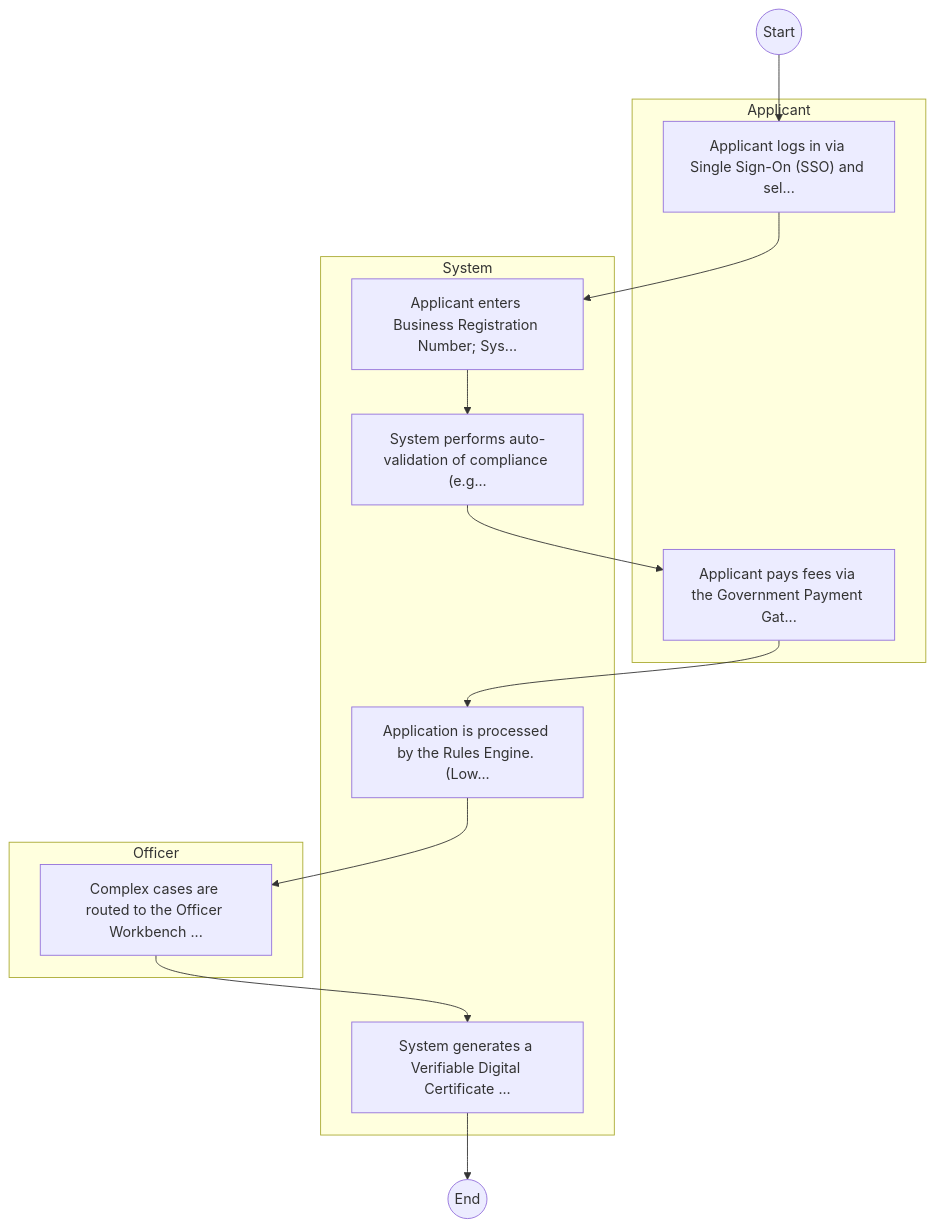
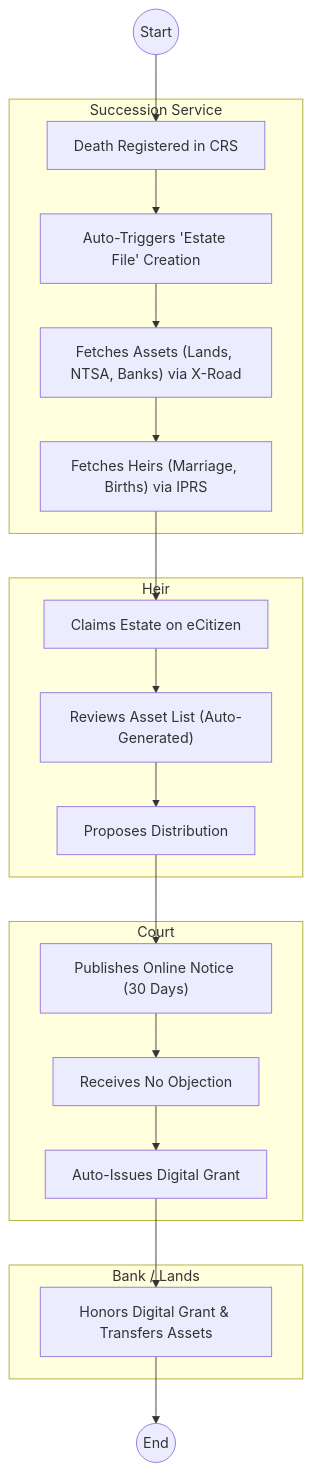
The second of 2 diagrams in mdas/docs_final/THE_JUDICIARY___Service_Delivery.md (BITZ-IT-Consulting-LTD/ictapoc), drawn with Mermaid before and after one commit. The commit also changed other lines of this file and 60 other files, not shown here.

````diff
--- a/mdas/docs_final/THE_JUDICIARY___Service_Delivery.md
+++ b/mdas/docs_final/THE_JUDICIARY___Service_Delivery.md
@@ -108,24 +121,35 @@
 ```mermaid
 graph TD
     Start((Start)) --> S1
-    subgraph Applicant [Applicant]
-        S1["Applicant logs in via Single Sign-On (SSO) and sel..."]
-        S4["Applicant pays fees via the Government Payment Gat..."]
+    subgraph WoG_Platform [Succession Service]
+        S1["Death Registered in CRS"]
+        S2["Auto-Triggers 'Estate File' Creation"]
+        S3["Fetches Assets (Lands, NTSA, Banks) via X-Road"]
+        S4["Fetches Heirs (Marriage, Births) via IPRS"]
     end
-    subgraph System [System]
-        S2["Applicant enters Business Registration Number; Sys..."]
-        S3["System performs auto-validation of compliance (e.g..."]
-        S5["Application is processed by the Rules Engine. (Low..."]
-        S7["System generates a Verifiable Digital Certificate ..."]
+    subgraph Petitioner [Heir]
+        S5["Claims Estate on eCitizen"]
+        S6["Reviews Asset List (Auto-Generated)"]
+        S7["Proposes Distribution"]
     end
-    subgraph Officer [Officer]
-        S6["Complex cases are routed to the Officer Workbench ..."]
+    subgraph Judiciary_System [Court]
+        S8["Publishes Online Notice (30 Days)"]
+        S9["Receives No Objection"]
+        S10["Auto-Issues Digital Grant"]
     end
+    subgraph Asset_Holders [Bank / Lands]
+        S11["Honors Digital Grant & Transfers Assets"]
+    end
+    
     S1 --> S2
     S2 --> S3
     S3 --> S4
     S4 --> S5
     S5 --> S6
     S6 --> S7
-    S7 --> End((End))
+    S7 --> S8
+    S8 --> S9
+    S9 --> S10
+    S10 --> S11
+    S11 --> End((End))
 ```
````
